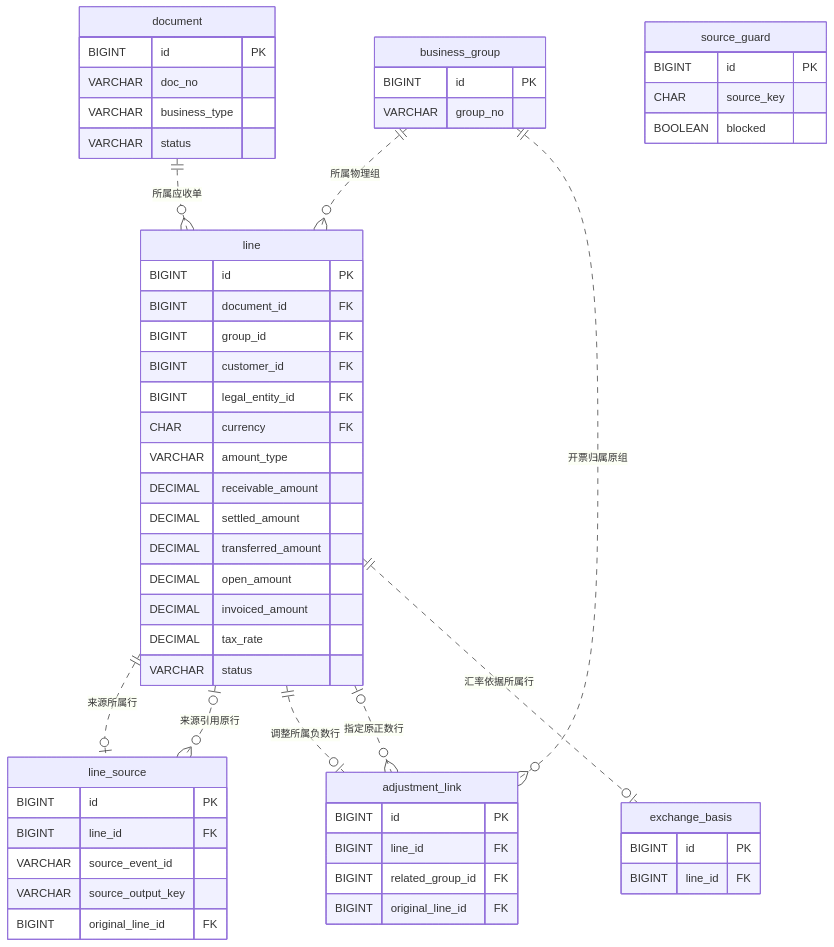
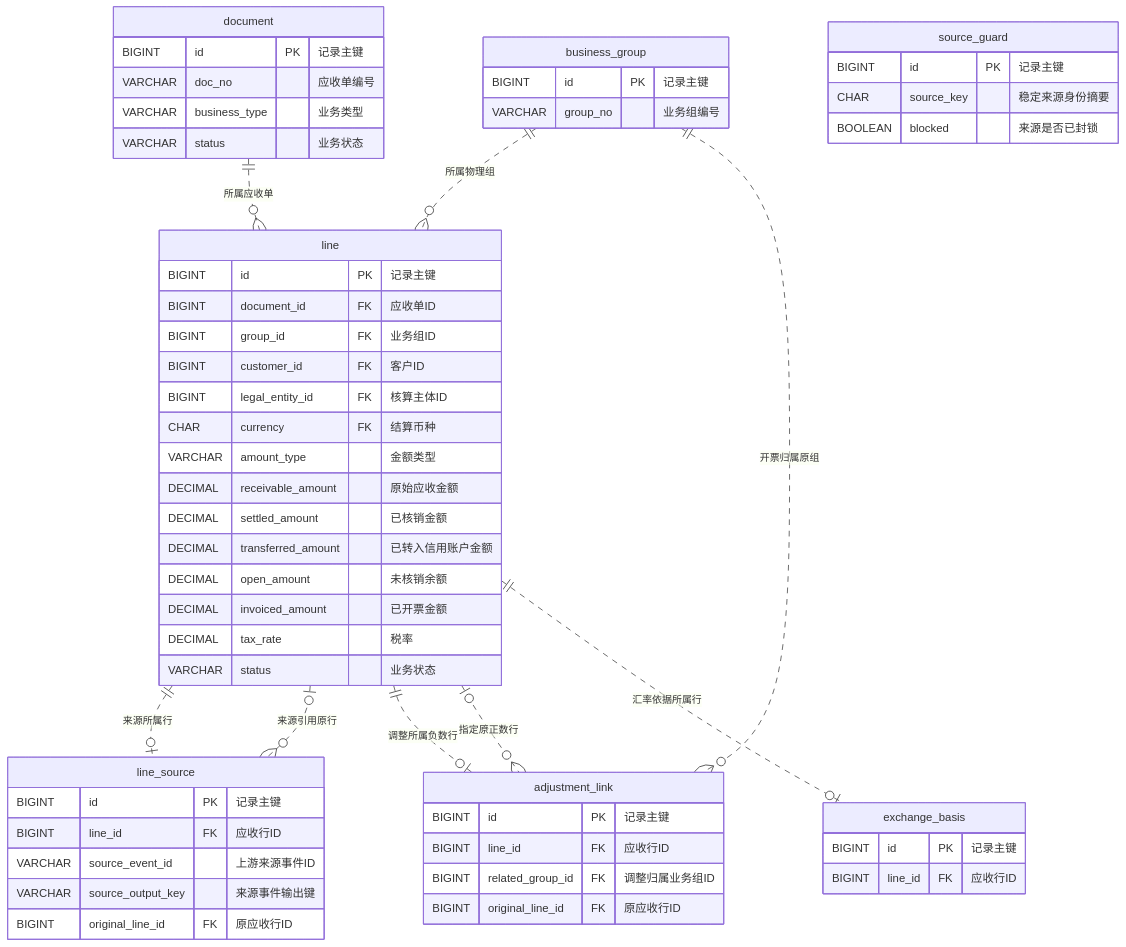
The second of 6 diagrams in docs/handbook/05-entity-relationships.md (PunjabLee/OMS_AR), drawn with Mermaid before and after one commit. The commit also changed other lines of this file, not shown here.

Commit message:
docs(ar): show Chinese field descriptions inside ER diagrams

````diff
--- a/docs/handbook/05-entity-relationships.md
+++ b/docs/handbook/05-entity-relationships.md
@@ -69,59 +69,59 @@
 ```mermaid
 erDiagram
     document {
-        BIGINT id PK
-        VARCHAR doc_no
-        VARCHAR business_type
-        VARCHAR status
+        BIGINT id PK "记录主键"
+        VARCHAR doc_no "应收单编号"
+        VARCHAR business_type "业务类型"
+        VARCHAR status "业务状态"
     }
     business_group {
-        BIGINT id PK
-        VARCHAR group_no
+        BIGINT id PK "记录主键"
+        VARCHAR group_no "业务组编号"
     }
     line {
-        BIGINT id PK
-        BIGINT document_id FK
-        BIGINT group_id FK
-        BIGINT customer_id FK
-        BIGINT legal_entity_id FK
-        CHAR currency FK
-        VARCHAR amount_type
-        DECIMAL receivable_amount
-        DECIMAL settled_amount
-        DECIMAL transferred_amount
-        DECIMAL open_amount
-        DECIMAL invoiced_amount
-        DECIMAL tax_rate
-        VARCHAR status
+        BIGINT id PK "记录主键"
+        BIGINT document_id FK "应收单ID"
+        BIGINT group_id FK "业务组ID"
+        BIGINT customer_id FK "客户ID"
+        BIGINT legal_entity_id FK "核算主体ID"
+        CHAR currency FK "结算币种"
+        VARCHAR amount_type "金额类型"
+        DECIMAL receivable_amount "原始应收金额"
+        DECIMAL settled_amount "已核销金额"
+        DECIMAL transferred_amount "已转入信用账户金额"
+        DECIMAL open_amount "未核销余额"
+        DECIMAL invoiced_amount "已开票金额"
+        DECIMAL tax_rate "税率"
+        VARCHAR status "业务状态"
     }
     line_source {
-        BIGINT id PK
-        BIGINT line_id FK
-        VARCHAR source_event_id
-        VARCHAR source_output_key
-        BIGINT original_line_id FK
+        BIGINT id PK "记录主键"
+        BIGINT line_id FK "应收行ID"
+        VARCHAR source_event_id "上游来源事件ID"
+        VARCHAR source_output_key "来源事件输出键"
+        BIGINT original_line_id FK "原应收行ID"
     }
     adjustment_link {
-        BIGINT id PK
-        BIGINT line_id FK
-        BIGINT related_group_id FK
-        BIGINT original_line_id FK
+        BIGINT id PK "记录主键"
+        BIGINT line_id FK "应收行ID"
+        BIGINT related_group_id FK "调整归属业务组ID"
+        BIGINT original_line_id FK "原应收行ID"
     }
     exchange_basis {
-        BIGINT id PK
-        BIGINT line_id FK
+        BIGINT id PK "记录主键"
+        BIGINT line_id FK "应收行ID"
     }
     source_guard {
-        BIGINT id PK
-        CHAR source_key
-        BOOLEAN blocked
+        BIGINT id PK "记录主键"
+        CHAR source_key "稳定来源身份摘要"
+        BOOLEAN blocked "来源是否已封锁"
     }
     document ||..o{ line : "所属应收单"
     business_group ||..o{ line : "所属物理组"
     line ||..o| line_source : "来源所属行"
     line o|..o{ line_source : "来源引用原行"
     line ||..o| adjustment_link : "调整所属负数行"
     business_group ||..o{ adjustment_link : "开票归属原组"
     line o|..o{ adjustment_link : "指定原正数行"
     line ||..o| exchange_basis : "汇率依据所属行"
 ```
````
